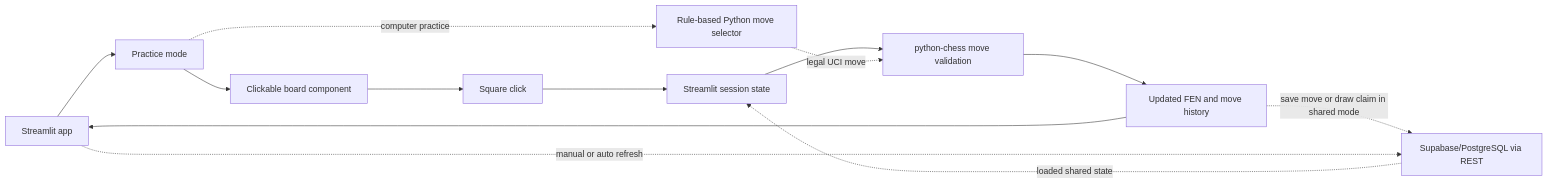
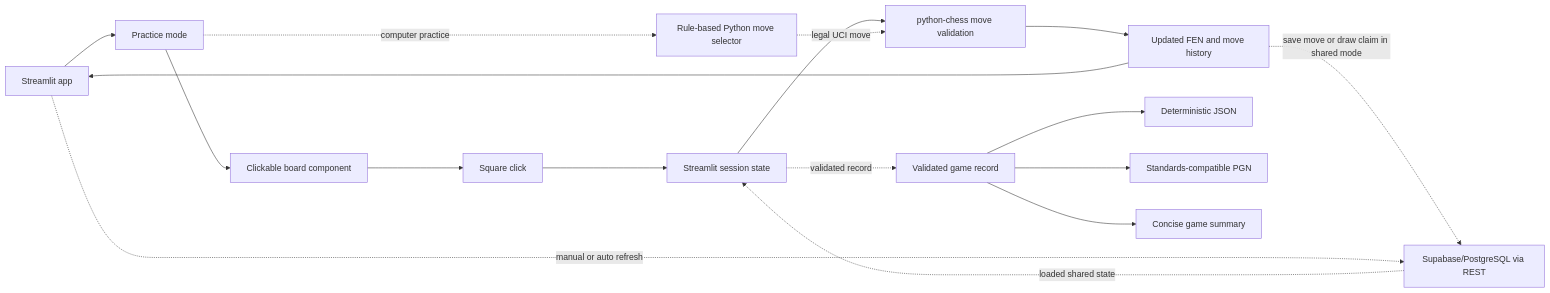
Before and after one commit to NikolayAir/Boardstep: the diagram in README.md, drawn with Mermaid. The commit also changed other lines of this file, not shown here.

First line of the commit message:
docs: document v0.18.0 game records

````diff
--- a/README.md
+++ b/README.md
@@ -21,17 +23,22 @@
 ```mermaid
 flowchart LR
     UI["Streamlit app"] --> Mode["Practice mode"]
     Mode --> Board["Clickable board component"]
     Board --> Click["Square click"]
     Click --> State["Streamlit session state"]
     State --> Rules["python-chess move validation"]
     Rules --> Position["Updated FEN and move history"]
     Position --> UI
 
+    State -. "validated record" .-> Record["Validated game record"]
+    Record --> JSON["Deterministic JSON"]
+    Record --> PGN["Standards-compatible PGN"]
+    Record --> Summary["Concise game summary"]
+
     Mode -. "computer practice" .-> Computer["Rule-based Python move selector"]
     Computer -. "legal UCI move" .-> Rules
 
     Position -. "save move or draw claim in shared mode" .-> Storage["Supabase/PostgreSQL via REST"]
     UI -. "manual or auto refresh" .-> Storage
     Storage -. "loaded shared state" .-> State
 ```
````
